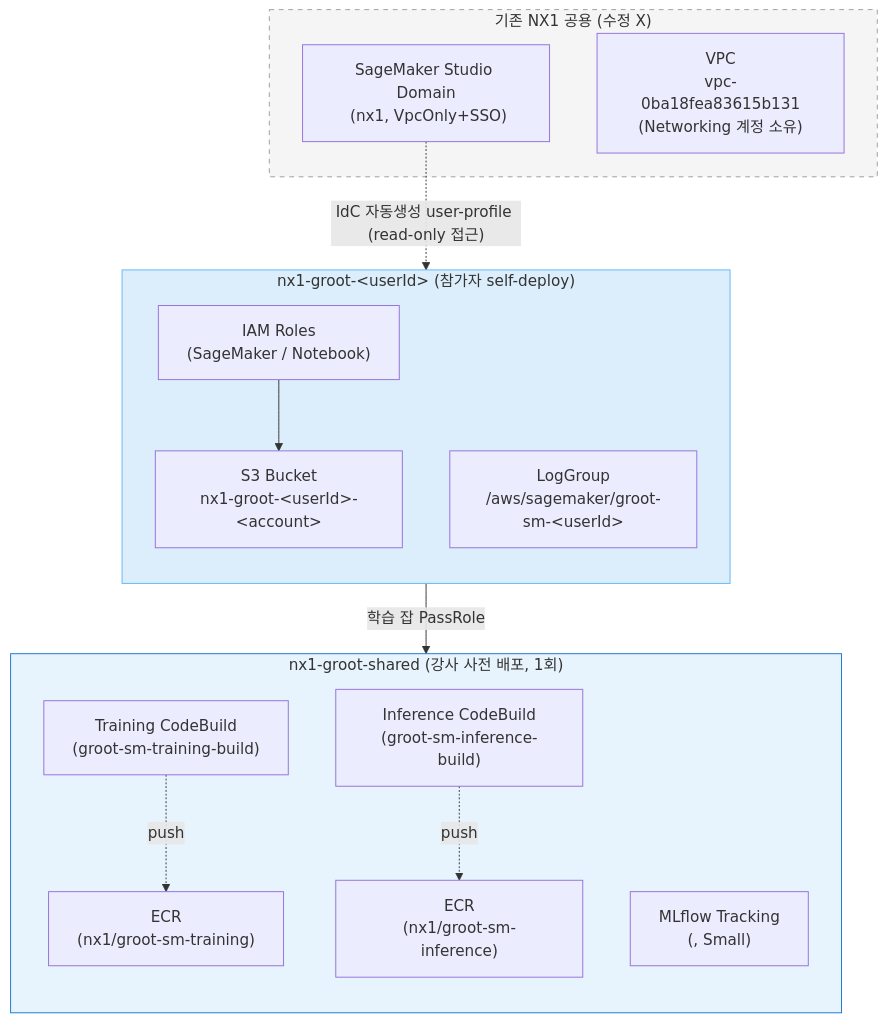
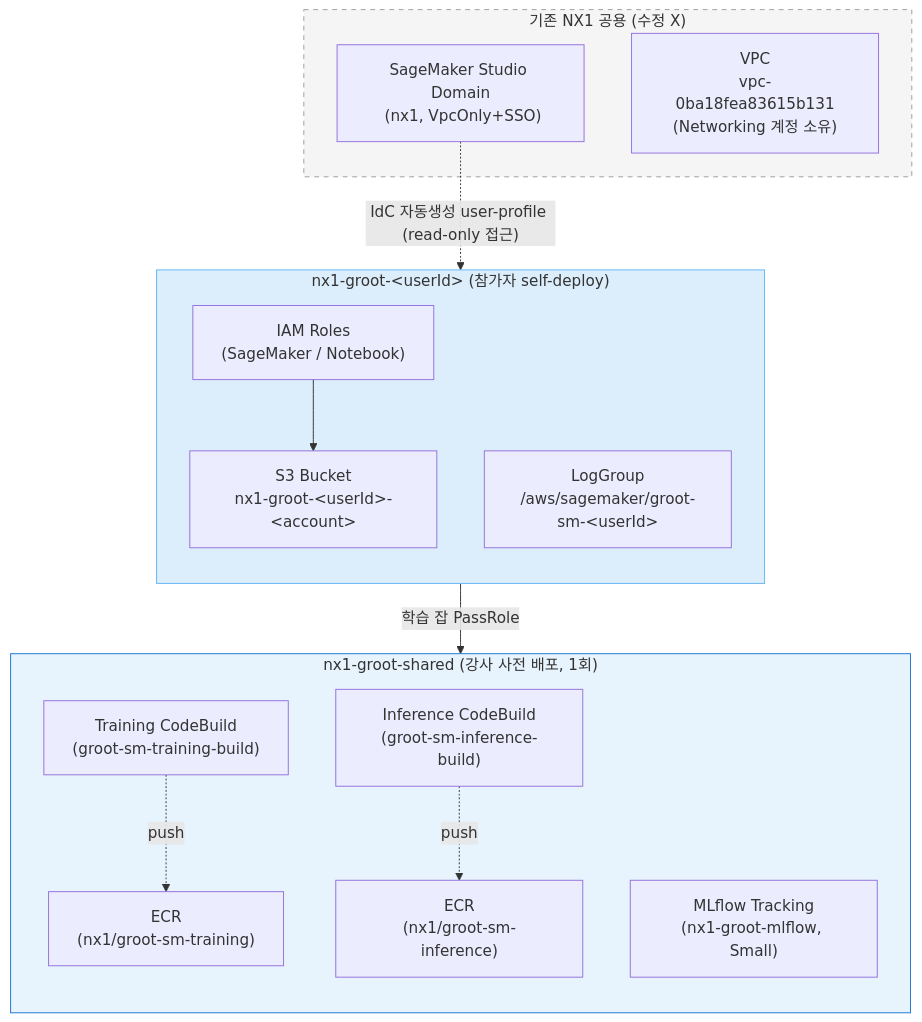
One commit to seokjushin/physical-ai-aws-docs changed the second of 2 diagrams in guide/e2e-workshop/5.-train-infra-setup.md. Above: the diagram before and after it, drawn with Mermaid. The commit also changed other lines of this file and 2 other files, not shown here.

First line of the commit message:
docs(nx1): MLflow tracking server name nx1-groot-mlflow 직접 박기

````diff
--- a/guide/e2e-workshop/5.-train-infra-setup.md
+++ b/guide/e2e-workshop/5.-train-infra-setup.md
@@ -126,33 +126,33 @@
 ```mermaid
 flowchart TB
     subgraph SharedStack["nx1-groot-shared (강사 사전 배포, 1회)"]
         direction TB
         SmTrainECR["ECR\n(nx1/groot-sm-training)"]
         SmInfECR["ECR\n(nx1/groot-sm-inference)"]
         SmTrainCB["Training CodeBuild\n(groot-sm-training-build)"]
         SmInfCB["Inference CodeBuild\n(groot-sm-inference-build)"]
-        MLflow["MLflow Tracking\n(<MLFLOW_TRACKING_SERVER>, Small)"]
+        MLflow["MLflow Tracking\n(nx1-groot-mlflow, Small)"]
     end
 
     subgraph SmUserStack["nx1-groot-&lt;userId&gt; (참가자 self-deploy)"]
         direction TB
         S3["S3 Bucket\nnx1-groot-&lt;userId&gt;-&lt;account&gt;"]
         Roles["IAM Roles\n(SageMaker / Notebook)"]
         LG["LogGroup\n/aws/sagemaker/groot-sm-&lt;userId&gt;"]
     end
 
     subgraph Existing["기존 NX1 공용 (수정 X)"]
         Studio["SageMaker Studio Domain\n<STUDIO_DOMAIN_ID> (nx1, VpcOnly+SSO)"]
         VPC["VPC\nvpc-0ba18fea83615b131\n(Networking 계정 소유)"]
     end
 
     SmTrainCB -.->|"push"| SmTrainECR
     SmInfCB -.->|"push"| SmInfECR
     Roles -->|"학습 잡 PassRole"| MLflow
     Roles --> S3
     Studio -.->|"IdC 자동생성 user-profile (read-only 접근)"| Roles
 
     style SharedStack fill:#e8f4fd,stroke:#1976d2
     style SmUserStack fill:#dceefb,stroke:#64b5f6
     style Existing fill:#f5f5f5,stroke:#9e9e9e,stroke-dasharray: 5 5
 ```
````
